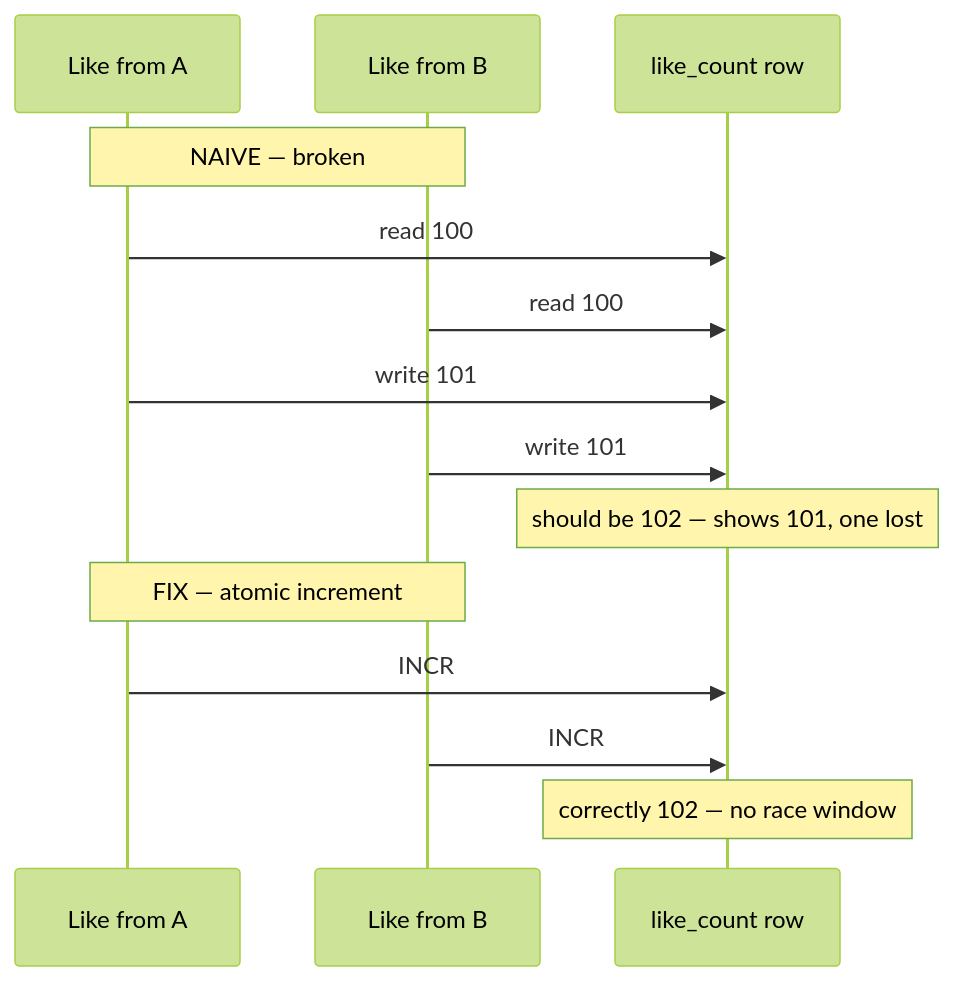
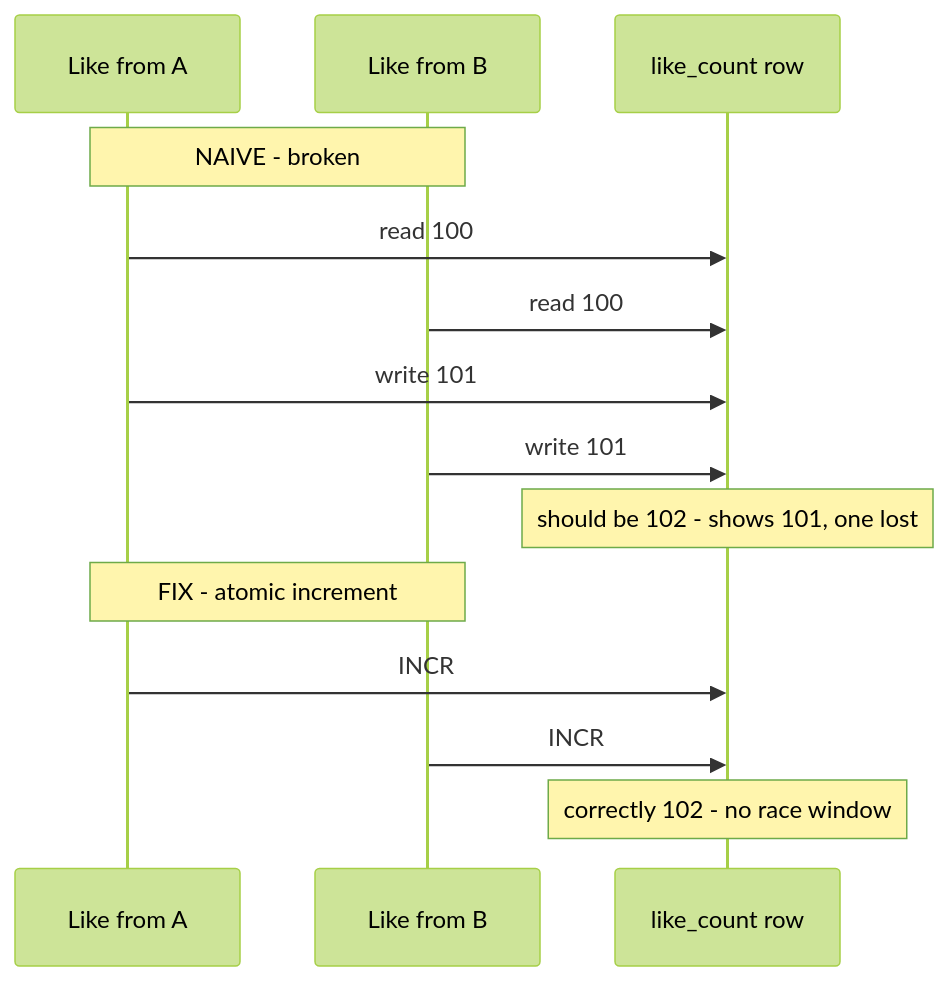
One commit to riyaz-pasha/Learnings changed the tenth of 13 diagrams in system-design/HLD/0-course/32-Design Newsfeed System-FAANG-Guide-story.md. Above: the diagram before and after it, drawn with Mermaid (forest theme). The commit also changed other lines of this file and 5 other files, not shown here.

Commit message:
[REWRITE] Design Newsfeed story guide: simplify prose, add structure, fix diagrams

````diff
--- a/system-design/HLD/0-course/32-Design Newsfeed System-FAANG-Guide-story.md
+++ b/system-design/HLD/0-course/32-Design Newsfeed System-FAANG-Guide-story.md
@@ -251,18 +552,18 @@
 ```mermaid
 sequenceDiagram
     participant A as Like from A
     participant B as Like from B
     participant Row as like_count row
 
-    Note over A,B: NAIVE — broken
+    Note over A,B: NAIVE - broken
     A->>Row: read 100
     B->>Row: read 100
     A->>Row: write 101
     B->>Row: write 101
-    Note over Row: should be 102 — shows 101, one lost
+    Note over Row: should be 102 - shows 101, one lost
 
-    Note over A,B: FIX — atomic increment
+    Note over A,B: FIX - atomic increment
     A->>Row: INCR
     B->>Row: INCR
-    Note over Row: correctly 102 — no race window
+    Note over Row: correctly 102 - no race window
 ```
````
